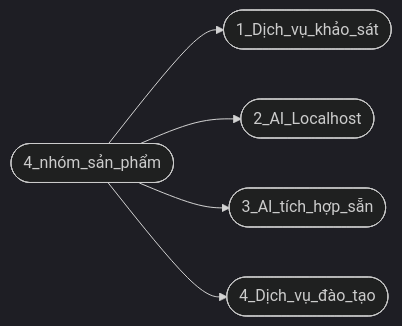
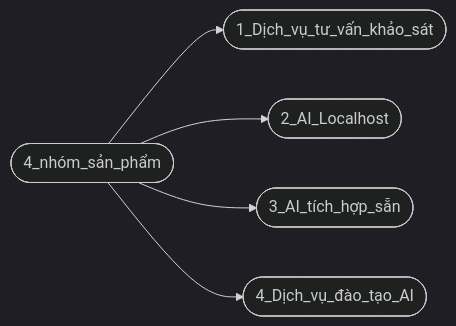
One commit to hoanglong8/FoxAI-Data-Analyst changed the first of 2 diagrams in Chiến lược SP/A.Chiến lược phát triển sản phẩm AI.md. Above: the diagram before and after it, drawn with Mermaid (dark theme). The commit also changed other lines of this file, not shown here.

Commit message:
Update A.Chiến lược phát triển sản phẩm AI.md

````diff
--- a/Chiến lược SP/A.Chiến lược phát triển sản phẩm AI.md
+++ b/Chiến lược SP/A.Chiến lược phát triển sản phẩm AI.md
@@ -10,7 +10,7 @@
 ```mermaid
 flowchart LR
-    id1([4_nhóm_sản_phẩm]) --> id2([1_Dịch_vụ_khảo_sát])
+    id1([4_nhóm_sản_phẩm]) --> id2([1_Dịch_vụ_tư_vấn_khảo_sát])
     id1([4_nhóm_sản_phẩm]) --> id3([2_AI_Localhost])
     id1([4_nhóm_sản_phẩm]) --> id4([3_AI_tích_hợp_sẵn])
-    id1([4_nhóm_sản_phẩm]) --> id5([4_Dịch_vụ_đào_tạo])
+    id1([4_nhóm_sản_phẩm]) --> id5([4_Dịch_vụ_đào_tạo_AI])
 ```
````
